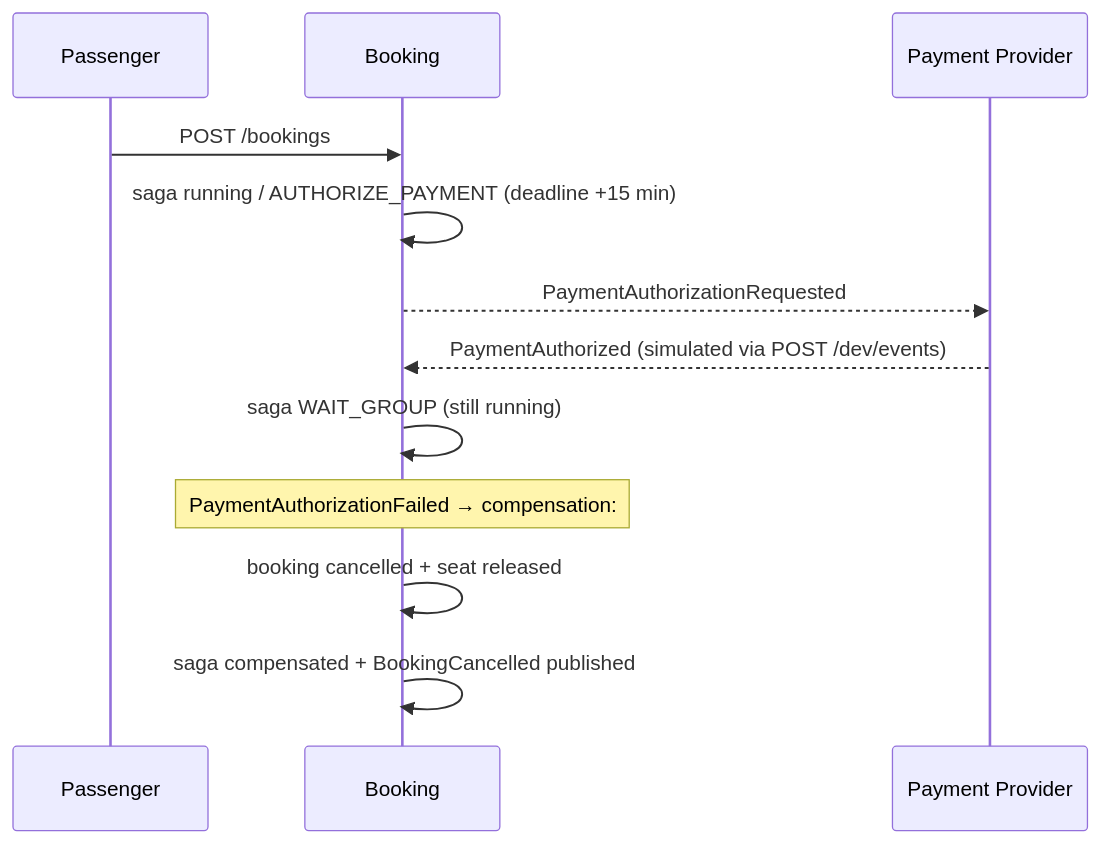
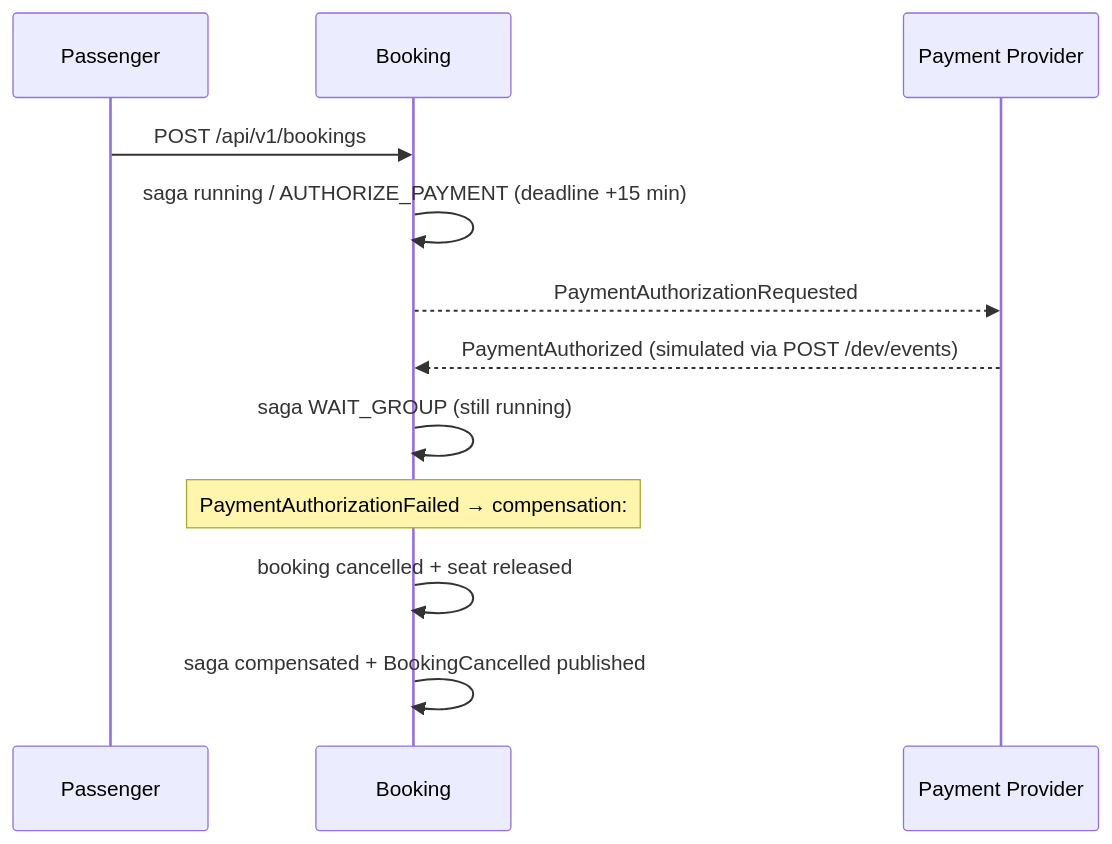
The first of 2 diagrams in README.md (FundaTechPeru/shareway-booking-pricing), drawn with Mermaid before and after one commit. The commit also changed other lines of this file and 14 other files, not shown here.

````diff
--- a/README.md
+++ b/README.md
@@ -114,11 +114,11 @@
 ```mermaid
 sequenceDiagram
-    Passenger->>Booking: POST /bookings
+    Passenger->>Booking: POST /api/v1/bookings
     Booking->>Booking: saga running / AUTHORIZE_PAYMENT (deadline +15 min)
     Booking-->>Payment Provider: PaymentAuthorizationRequested
     Payment Provider-->>Booking: PaymentAuthorized (simulated via POST /dev/events)
     Booking->>Booking: saga WAIT_GROUP (still running)
     Note over Booking: PaymentAuthorizationFailed → compensation:
     Booking->>Booking: booking cancelled + seat released
     Booking->>Booking: saga compensated + BookingCancelled published
 ```
````
